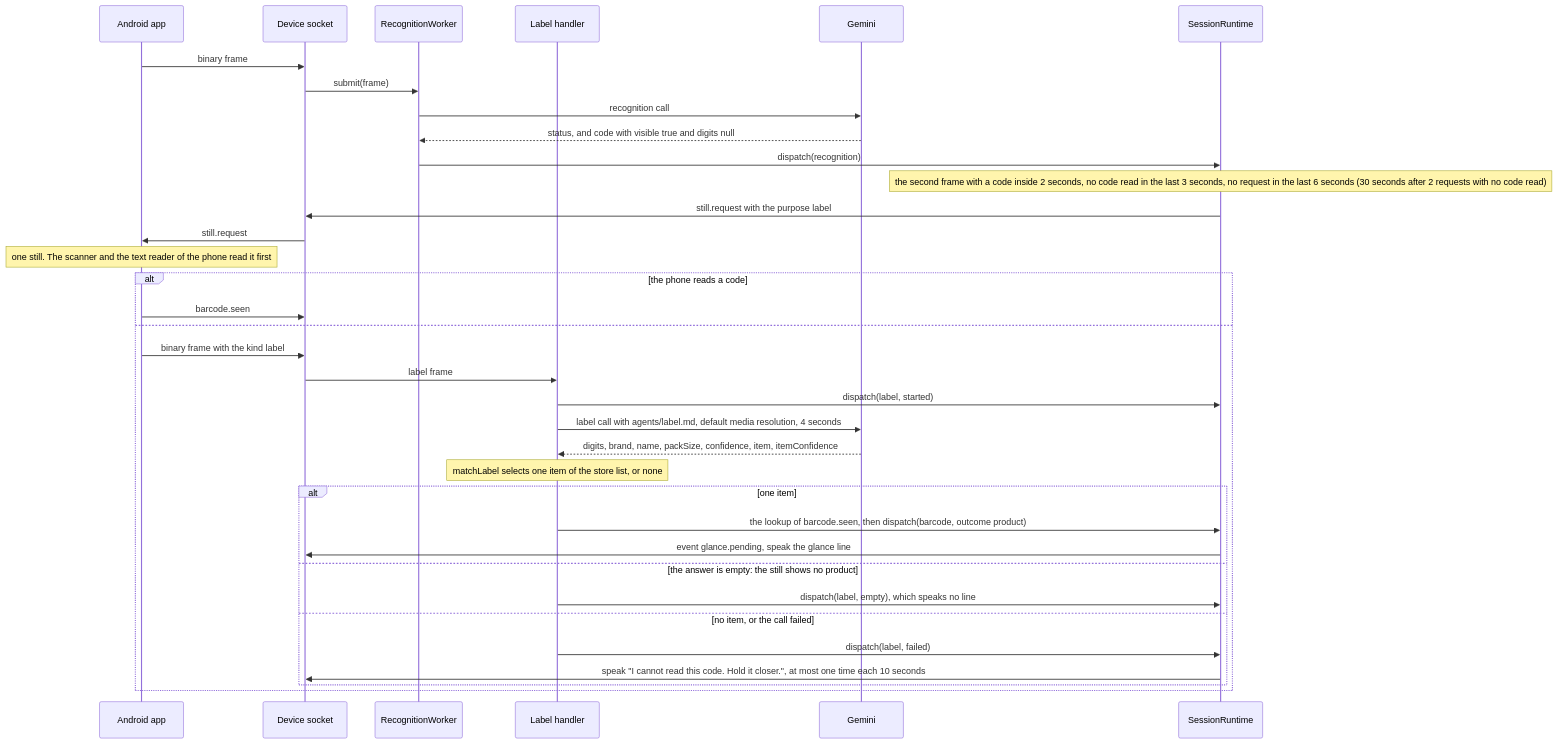
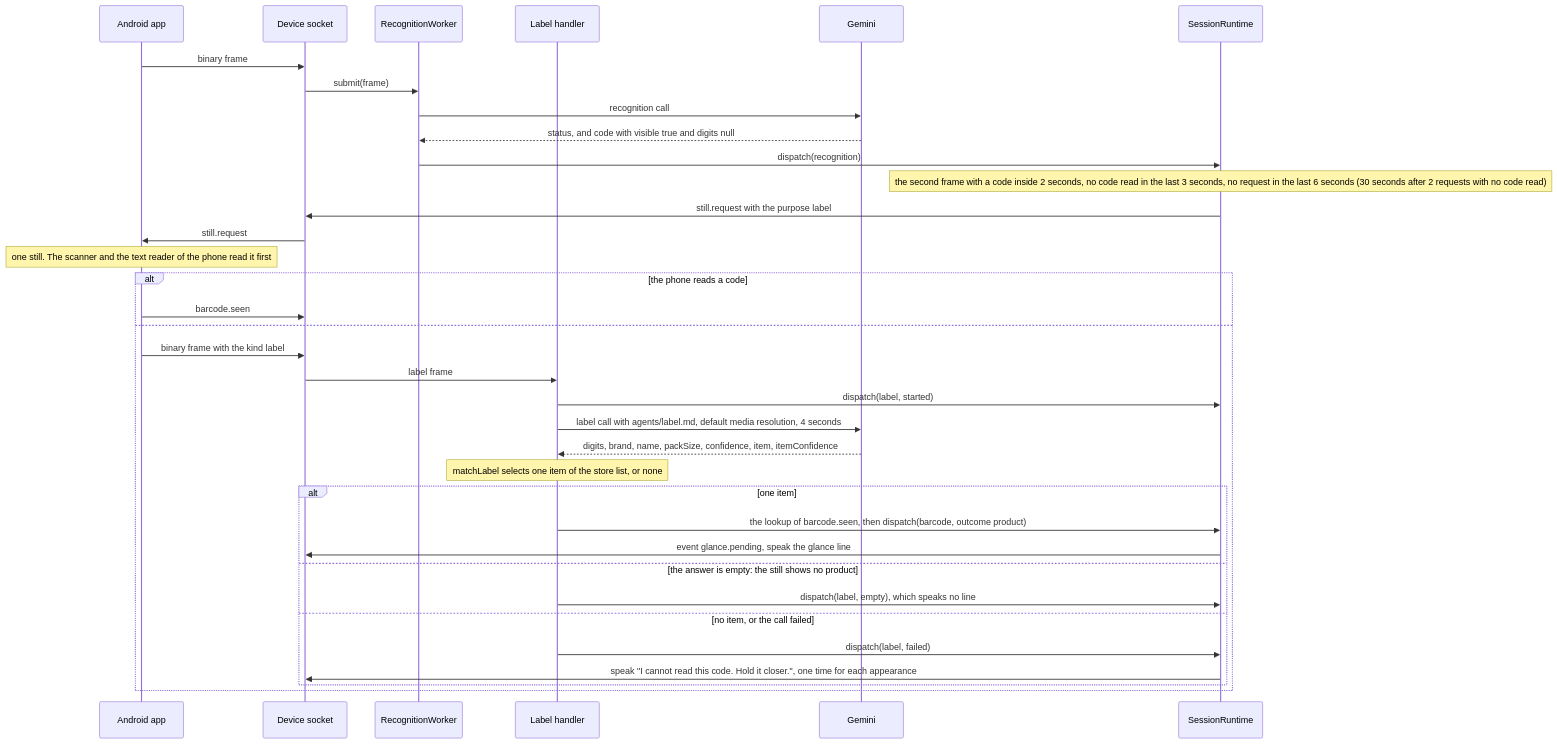
One commit to mrBymax/glance changed the sixth of 12 diagrams in docs/architecture.md. Above: the diagram before and after it, drawn with Mermaid. The commit also changed other lines of this file and 4 other files, not shown here.

````diff
--- a/docs/architecture.md
+++ b/docs/architecture.md
@@ -286,38 +286,38 @@
 ```mermaid
 sequenceDiagram
   participant App as Android app
   participant Socket as Device socket
   participant Worker as RecognitionWorker
   participant Label as Label handler
   participant Gemini
   participant Runtime as SessionRuntime
 
   App->>Socket: binary frame
   Socket->>Worker: submit(frame)
   Worker->>Gemini: recognition call
   Gemini-->>Worker: status, and code with visible true and digits null
   Worker->>Runtime: dispatch(recognition)
   Note over Runtime: the second frame with a code inside 2 seconds, no code read in the last 3 seconds, no request in the last 6 seconds (30 seconds after 2 requests with no code read)
   Runtime->>Socket: still.request with the purpose label
   Socket->>App: still.request
   Note over App: one still. The scanner and the text reader of the phone read it first
   alt the phone reads a code
     App->>Socket: barcode.seen
   else
     App->>Socket: binary frame with the kind label
     Socket->>Label: label frame
     Label->>Runtime: dispatch(label, started)
     Label->>Gemini: label call with agents/label.md, default media resolution, 4 seconds
     Gemini-->>Label: digits, brand, name, packSize, confidence, item, itemConfidence
     Note over Label: matchLabel selects one item of the store list, or none
     alt one item
       Label->>Runtime: the lookup of barcode.seen, then dispatch(barcode, outcome product)
       Runtime->>Socket: event glance.pending, speak the glance line
     else the answer is empty: the still shows no product
       Label->>Runtime: dispatch(label, empty), which speaks no line
     else no item, or the call failed
       Label->>Runtime: dispatch(label, failed)
-      Runtime->>Socket: speak "I cannot read this code. Hold it closer.", at most one time each 10 seconds
+      Runtime->>Socket: speak "I cannot read this code. Hold it closer.", one time for each appearance
     end
   end
 ```
````
